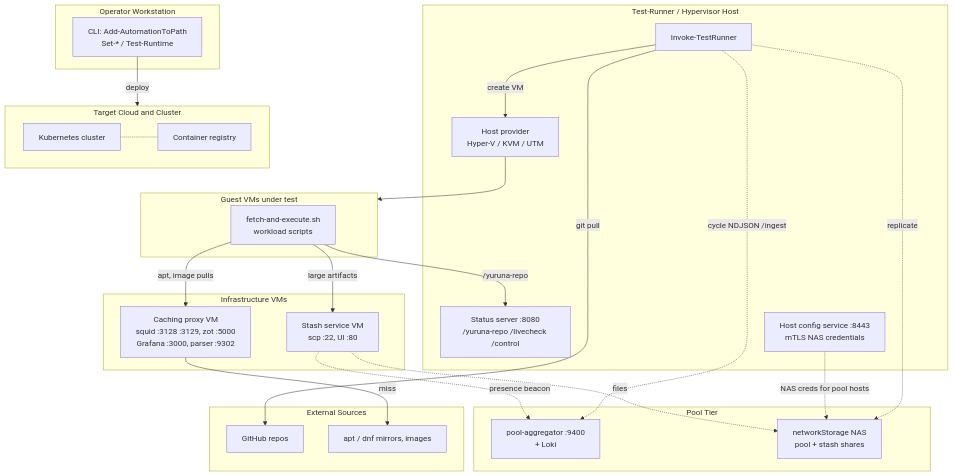
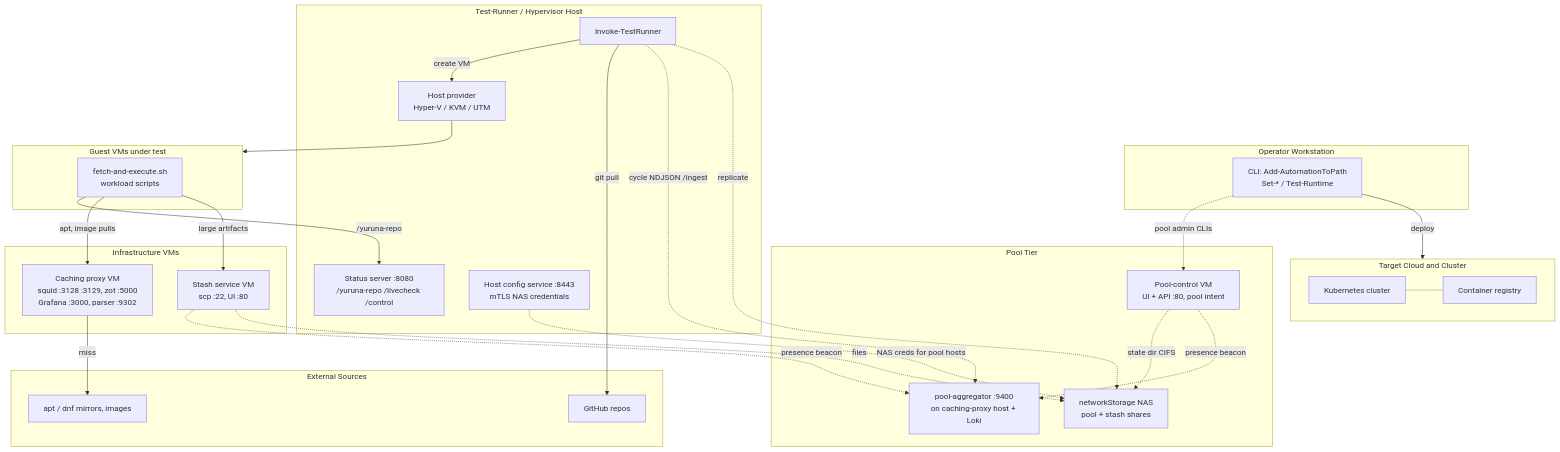
Before and after one commit to alissonsol/yuruna: the diagram in docs/design/06-deployment.md, drawn with Mermaid. The commit also changed other lines of this file and 572 other files, not shown here.

````diff
--- a/docs/design/06-deployment.md
+++ b/docs/design/06-deployment.md
@@ -16,47 +16,51 @@
 ```mermaid
 flowchart TD
     subgraph operator[Operator Workstation]
         cli[CLI: Add-AutomationToPath<br/>Set-* / Test-Runtime]
     end
     subgraph runnerhost[Test-Runner / Hypervisor Host]
         runner[Invoke-TestRunner]
         statussrv[Status server :8080<br/>/yuruna-repo /livecheck /control]
         hostcfg[Host config service :8443<br/>mTLS NAS credentials]
         provider[Host provider<br/>Hyper-V / KVM / UTM]
     end
     subgraph infravm[Infrastructure VMs]
         squid[Caching proxy VM<br/>squid :3128 :3129, zot :5000<br/>Grafana :3000, parser :9302]
         stash[Stash service VM<br/>scp :22, UI :80]
     end
     subgraph guestvm[Guest VMs under test]
         guest[fetch-and-execute.sh<br/>workload scripts]
     end
     subgraph pooltier[Pool Tier]
-        aggregator[pool-aggregator :9400<br/>+ Loki]
+        poolctl[Pool-control VM<br/>UI + API :80, pool intent]
+        aggregator[pool-aggregator :9400<br/>on caching-proxy host + Loki]
         nas[networkStorage NAS<br/>pool + stash shares]
     end
     subgraph cloud[Target Cloud and Cluster]
         k8s[Kubernetes cluster]
         registry[Container registry]
     end
     subgraph external[External Sources]
         github[GitHub repos]
         mirrors[apt / dnf mirrors, images]
     end
 
     cli -->|deploy| cloud
     runner -->|create VM| provider
     provider --> guestvm
     guest -->|/yuruna-repo| statussrv
     guest -->|apt, image pulls| squid
     squid -->|miss| mirrors
     guest -->|large artifacts| stash
     runner -->|git pull| github
     %% planned/optional: pool tier active only when pool.enabled / networkStorage set
     stash -.->|presence beacon| aggregator
     stash -.->|files| nas
     hostcfg -.->|NAS creds for pool hosts| nas
     runner -.->|cycle NDJSON /ingest| aggregator
     runner -.->|replicate| nas
+    cli -.->|pool admin CLIs| poolctl
+    poolctl -.->|state dir CIFS| nas
+    poolctl -.->|presence beacon| aggregator
     k8s -.- registry
 ```
````
